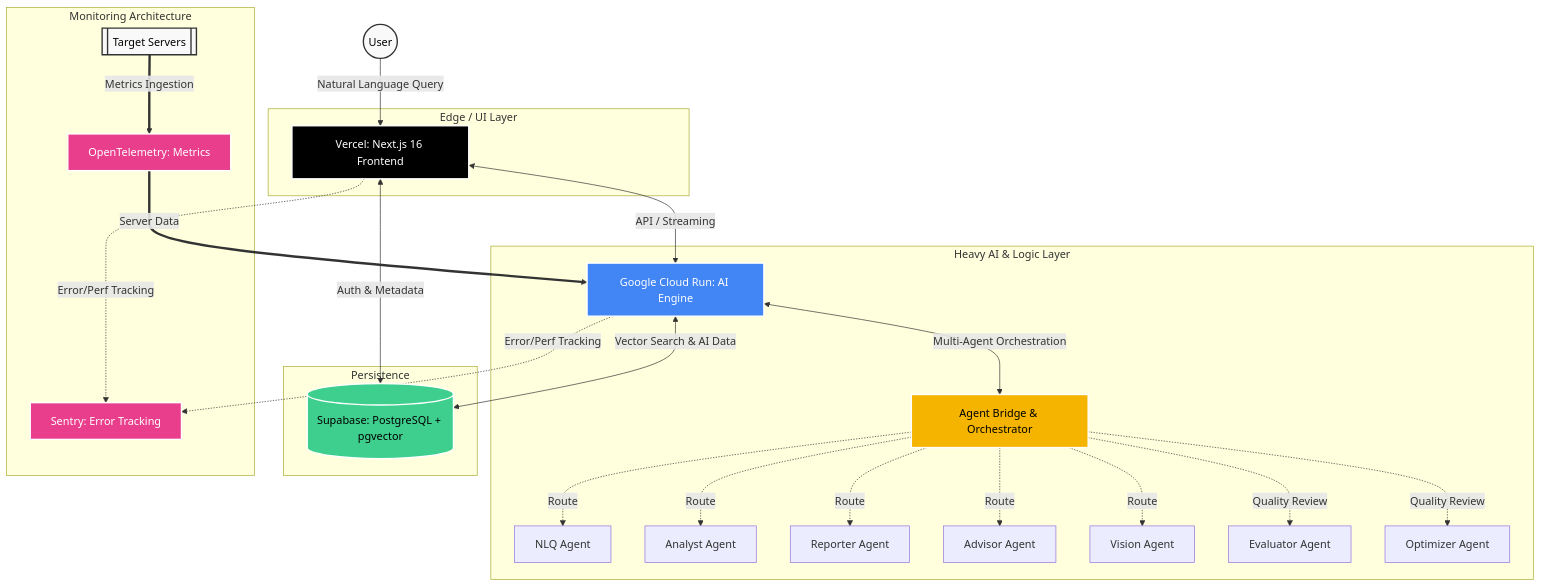
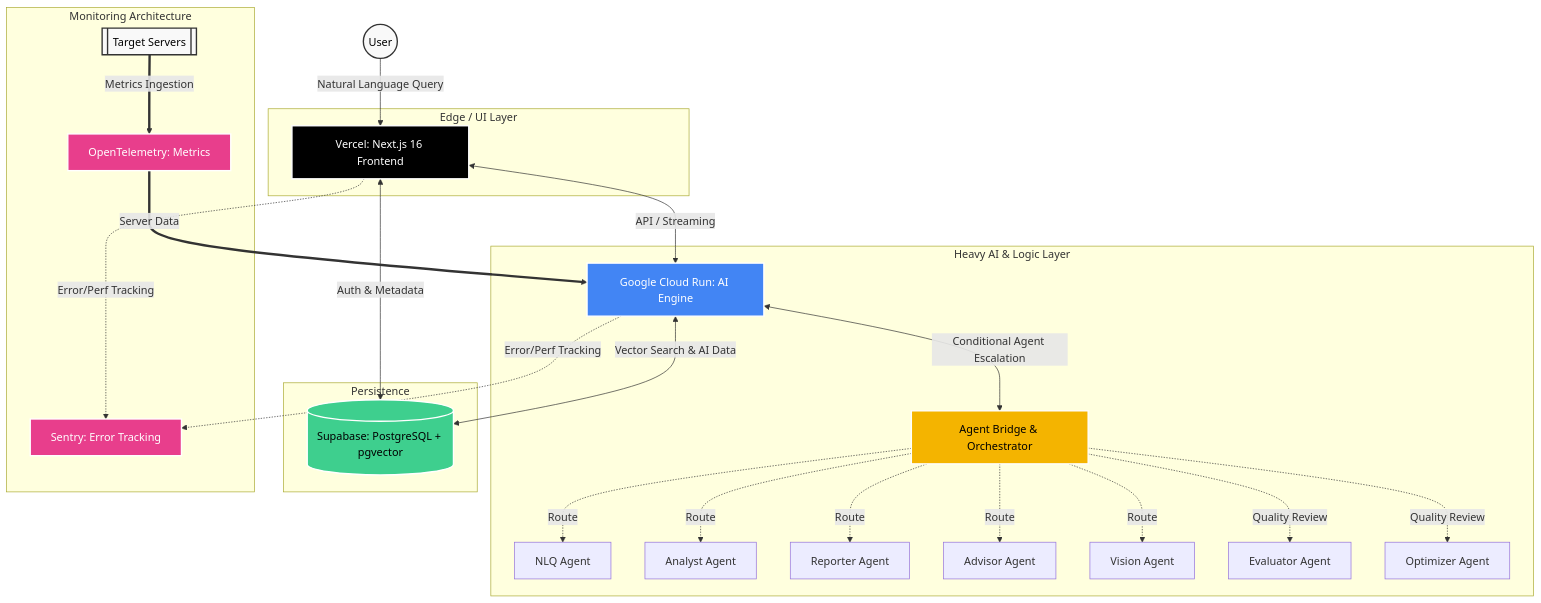
One commit to skyasu2/openmanager-ai changed the second of 2 diagrams in README.md. Above: the diagram before and after it, drawn with Mermaid. The commit also changed other lines of this file and 55 other files, not shown here.

Commit message:
docs: reorganize architecture and operations references

````diff
--- a/README.md
+++ b/README.md
@@ -127,52 +133,52 @@
 ```mermaid
 graph TD
     %% 스타일 정의
     classDef client fill:#f9f9f9,stroke:#333,stroke-width:2px,color:#000
     classDef frontend fill:#000,stroke:#fff,stroke-width:2px,color:#fff
     classDef backend fill:#4285F4,stroke:#fff,stroke-width:2px,color:#fff
     classDef database fill:#3ECF8E,stroke:#fff,stroke-width:2px,color:#000
     classDef agents fill:#F4B400,stroke:#fff,stroke-width:2px,color:#000
     classDef monitoring fill:#e83e8c,stroke:#fff,stroke-width:2px,color:#fff
 
     User((User)):::client -->|Natural Language Query| Vercel
 
     subgraph Frontend [Edge / UI Layer]
         Vercel[Vercel: Next.js 16 Frontend]:::frontend
     end
 
     subgraph Backend [Heavy AI & Logic Layer]
         CR[Google Cloud Run: AI Engine]:::backend
         AB[Agent Bridge & Orchestrator]:::agents
         
         Vercel <-->|"API / Streaming"| CR
-        CR <-->|Multi-Agent Orchestration| AB
+        CR <-->|Conditional Agent Escalation| AB
 
         AB -.->|Route| AgentNLQ["NLQ Agent"]
         AB -.->|Route| AgentAnalyst["Analyst Agent"]
         AB -.->|Route| AgentReporter["Reporter Agent"]
         AB -.->|Route| AgentAdvisor["Advisor Agent"]
         AB -.->|Route| AgentVision["Vision Agent"]
         AB -.->|Quality Review| AgentEvaluator["Evaluator Agent"]
         AB -.->|Quality Review| AgentOptimizer["Optimizer Agent"]
     end
 
     subgraph Data Layer [Persistence]
         Supabase[("Supabase: PostgreSQL + pgvector")]:::database
         Vercel <-->|Auth & Metadata| Supabase
         CR <-->|Vector Search & AI Data| Supabase
     end
 
     subgraph Observability [Monitoring Architecture]
         Sentry["Sentry: Error Tracking"]:::monitoring
         OTel["OpenTelemetry: Metrics"]:::monitoring
         TargetServers[["Target Servers"]]:::client
 
         %% Sentry는 시스템 자체를 모니터링
         Vercel -.->|Error/Perf Tracking| Sentry
         CR -.->|Error/Perf Tracking| Sentry
 
         %% OTel은 프로덕트의 핵심 수집기
         TargetServers ==>|Metrics Ingestion| OTel
         OTel ==>|Server Data| CR
     end
 ```
````
